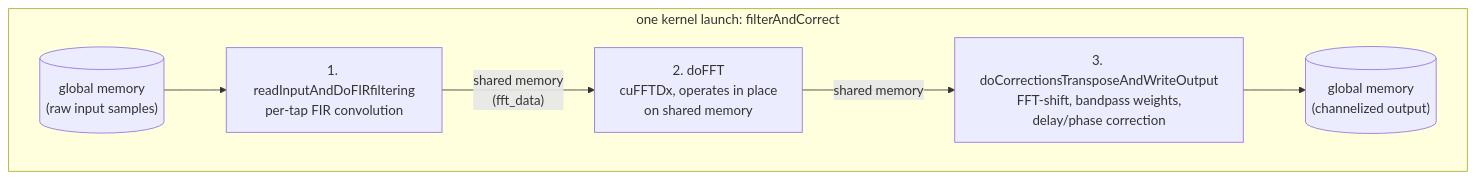
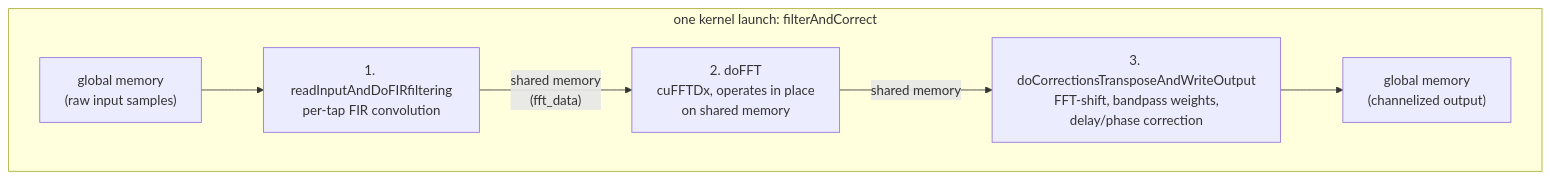
The sixth of 7 diagrams in docs/architecture.md (jdgsmallwood/cuda-spatial-filtering), drawn with Mermaid before and after one commit. The commit also changed other lines of this file and 47 other files, not shown here.

````diff
--- a/docs/architecture.md
+++ b/docs/architecture.md
@@ -277,11 +277,11 @@
 ```mermaid
 flowchart LR
     subgraph filterAndCorrect["one kernel launch: filterAndCorrect"]
         direction LR
-        GMEM_IN[("global memory\n(raw input samples)")] --> S1
-        S1["1. readInputAndDoFIRfiltering\nper-tap FIR convolution"] -->|"shared memory\n(fft_data)"| S2
-        S2["2. doFFT\ncuFFTDx, operates in place\non shared memory"] -->|"shared memory"| S3
-        S3["3. doCorrectionsTransposeAndWriteOutput\nFFT-shift, bandpass weights,\ndelay/phase correction"] --> GMEM_OUT
-        GMEM_OUT[("global memory\n(channelized output)")]
+        GMEM_IN["global memory<br/>(raw input samples)"] --> S1
+        S1["1. readInputAndDoFIRfiltering<br/>per-tap FIR convolution"] -->|"shared memory<br/>(fft_data)"| S2
+        S2["2. doFFT<br/>cuFFTDx, operates in place<br/>on shared memory"] -->|"shared memory"| S3
+        S3["3. doCorrectionsTransposeAndWriteOutput<br/>FFT-shift, bandpass weights,<br/>delay/phase correction"] --> GMEM_OUT
+        GMEM_OUT["global memory<br/>(channelized output)"]
     end
 ```
````
